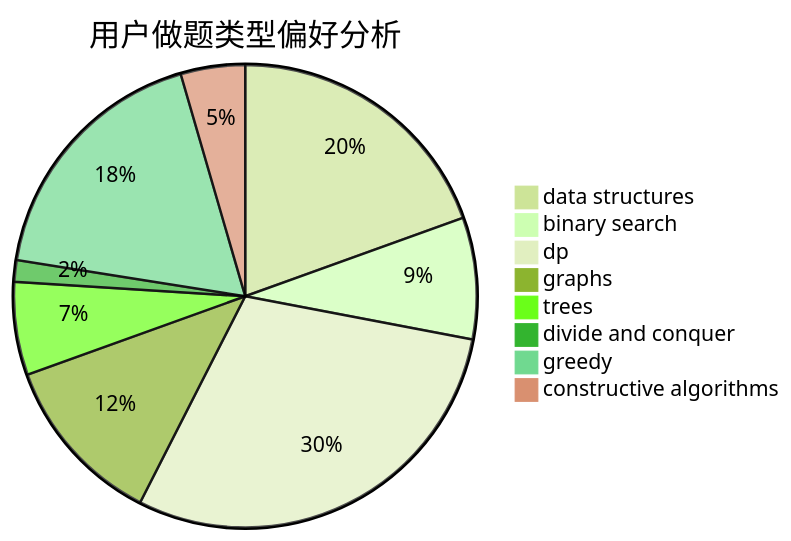
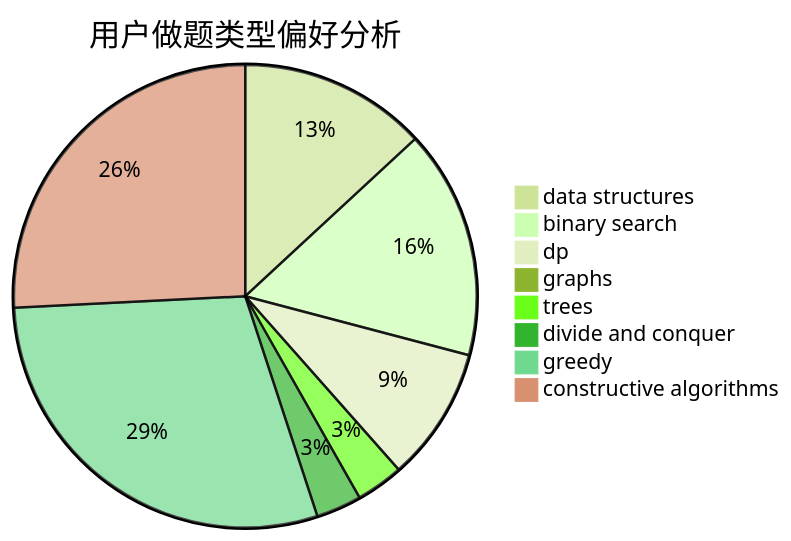
The second of 3 diagrams in docs/user/u713.md (sherpahu/cfrs.github.io), drawn with Mermaid (forest theme) before and after one commit. The commit also changed other lines of this file and 2770 other files, not shown here.

````diff
--- a/docs/user/u713.md
+++ b/docs/user/u713.md
@@ -23,11 +23,11 @@
 ```mermaid
 pie title 用户做题类型偏好分析
-    "data structures" :  39
-    "binary search" :  17
-    "dp" :  59
-    "graphs" :  24
-    "trees" :  13
-    "divide and conquer" :  3
-    "greedy" :  36
-    "constructive algorithms" :  9
+    "data structures" :  91
+    "binary search" :  111
+    "dp" :  65
+    "graphs" :  0
+    "trees" :  23
+    "divide and conquer" :  22
+    "greedy" :  203
+    "constructive algorithms" :  179
 ```
````
